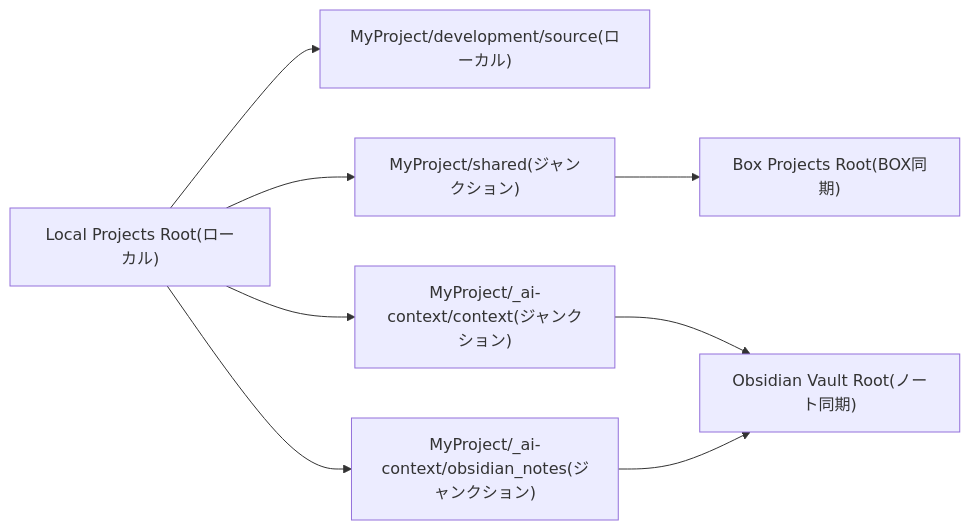
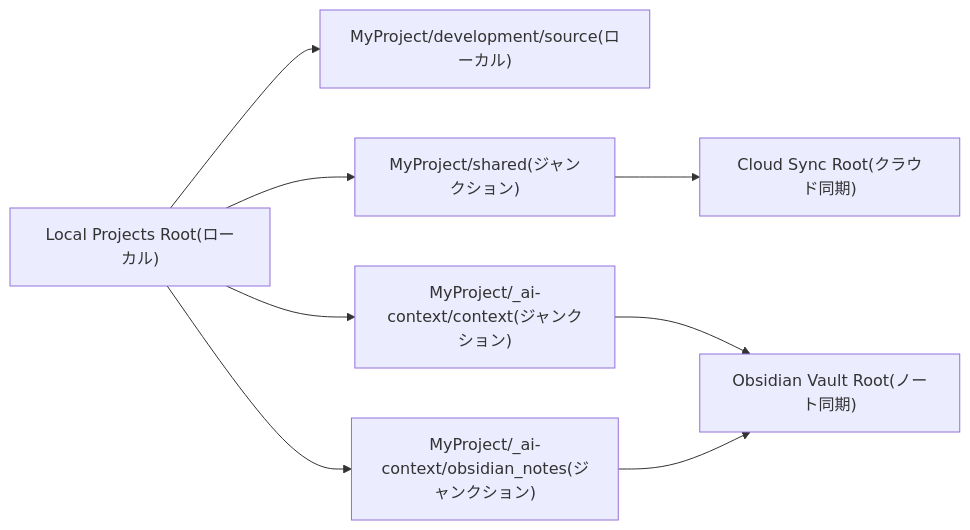
One commit to yt3trees/ProjectCurator changed the second of 5 diagrams in README-ja.md. Above: the diagram before and after it, drawn with Mermaid. The commit also changed other lines of this file and 15 other files, not shown here.

Commit message:
refactor: rename Box roots to cloud sync roots

````diff
--- a/README-ja.md
+++ b/README-ja.md
@@ -122,15 +122,15 @@
 ```mermaid
 flowchart LR
     L["Local Projects Root(ローカル)"]
-    B["Box Projects Root(BOX同期)"]
+    B["Cloud Sync Root(クラウド同期)"]
     O["Obsidian Vault Root(ノート同期)"]
 
     L --> P["MyProject/development/source(ローカル)"]
     L --> J1["MyProject/shared(ジャンクション)"]
     L --> J2["MyProject/_ai-context/context(ジャンクション)"]
     L --> J3["MyProject/_ai-context/obsidian_notes(ジャンクション)"]
 
     J1 --> B
     J2 --> O
     J3 --> O
 ```
````
